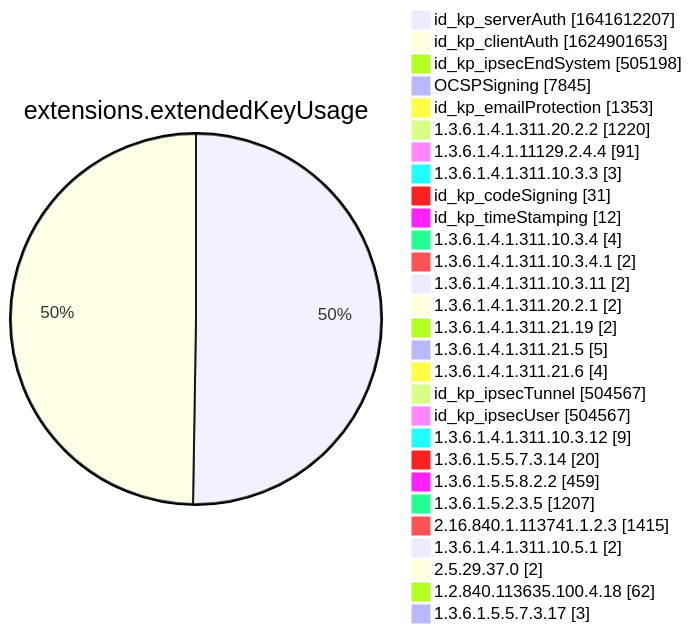
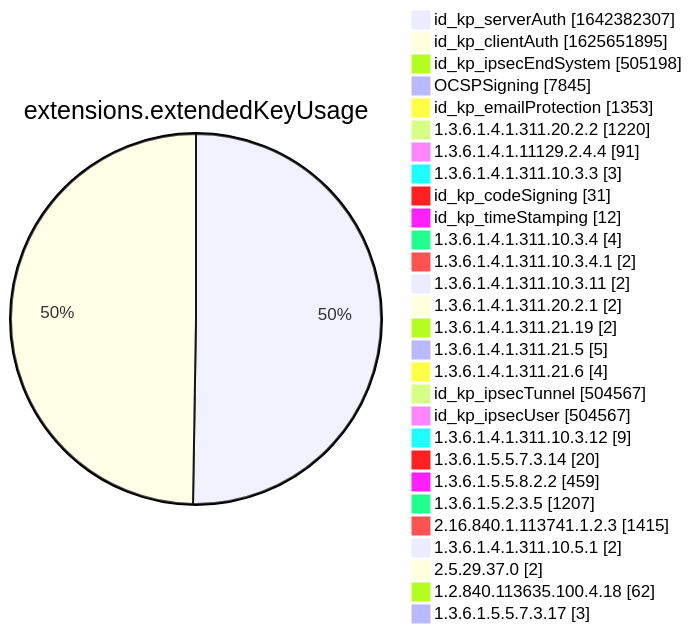
Before and after one commit to christiankrug/ctmonitor_visualization: diagram 12 of 15 in xenon2022/README.md, drawn with Mermaid. The commit also changed other lines of this file, not shown here.

````diff
--- a/xenon2022/README.md
+++ b/xenon2022/README.md
@@ -3886,32 +3886,32 @@
 ```mermaid
 pie showData
 title extensions.extendedKeyUsage
-"id_kp_serverAuth" :1641612207
-"id_kp_clientAuth" :1624901653
+"id_kp_serverAuth" :1642382307
+"id_kp_clientAuth" :1625651895
 "id_kp_ipsecEndSystem" :505198
 "OCSPSigning" :7845
 "id_kp_emailProtection" :1353
 "1.3.6.1.4.1.311.20.2.2" :1220
 "1.3.6.1.4.1.11129.2.4.4" :91
 "1.3.6.1.4.1.311.10.3.3" :3
 "id_kp_codeSigning" :31
 "id_kp_timeStamping" :12
 "1.3.6.1.4.1.311.10.3.4" :4
 "1.3.6.1.4.1.311.10.3.4.1" :2
 "1.3.6.1.4.1.311.10.3.11" :2
 "1.3.6.1.4.1.311.20.2.1" :2
 "1.3.6.1.4.1.311.21.19" :2
 "1.3.6.1.4.1.311.21.5" :5
 "1.3.6.1.4.1.311.21.6" :4
 "id_kp_ipsecTunnel" :504567
 "id_kp_ipsecUser" :504567
 "1.3.6.1.4.1.311.10.3.12" :9
 "1.3.6.1.5.5.7.3.14" :20
 "1.3.6.1.5.5.8.2.2" :459
 "1.3.6.1.5.2.3.5" :1207
 "2.16.840.1.113741.1.2.3" :1415
 "1.3.6.1.4.1.311.10.5.1" :2
 "2.5.29.37.0" :2
 "1.2.840.113635.100.4.18" :62
 "1.3.6.1.5.5.7.3.17" :3
 ```
````
